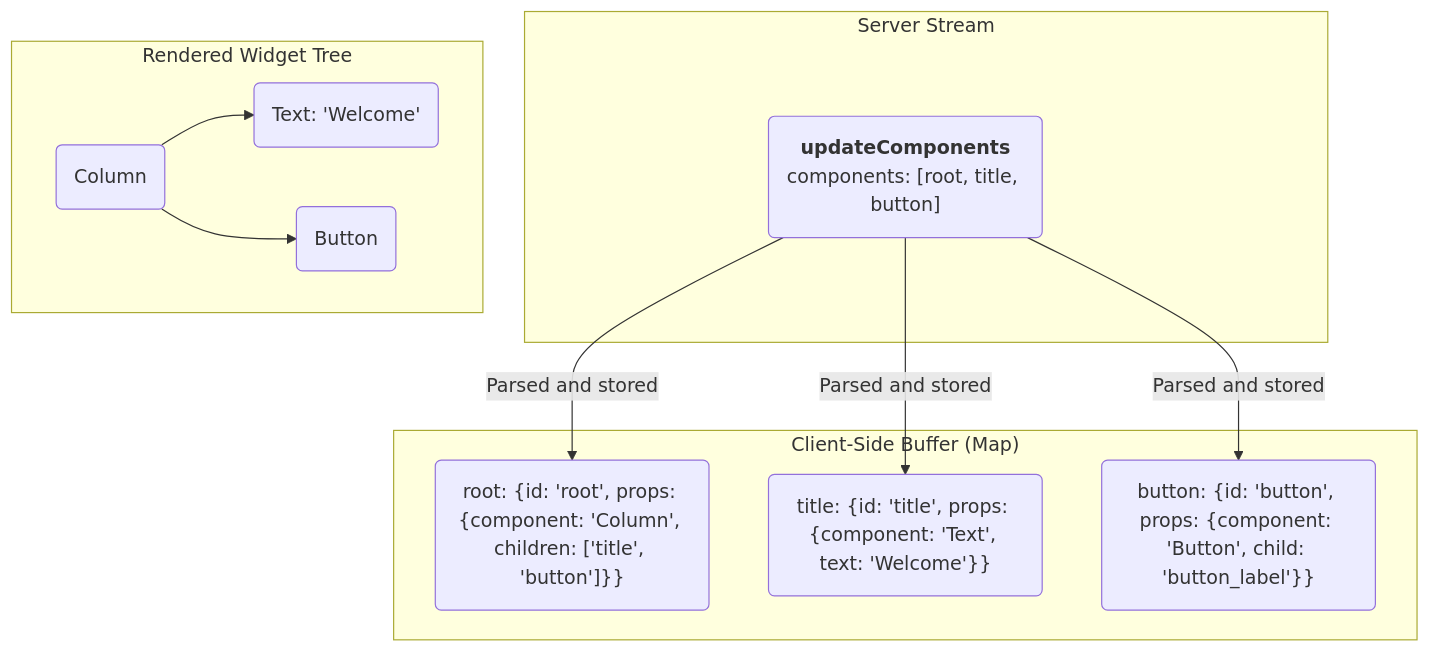
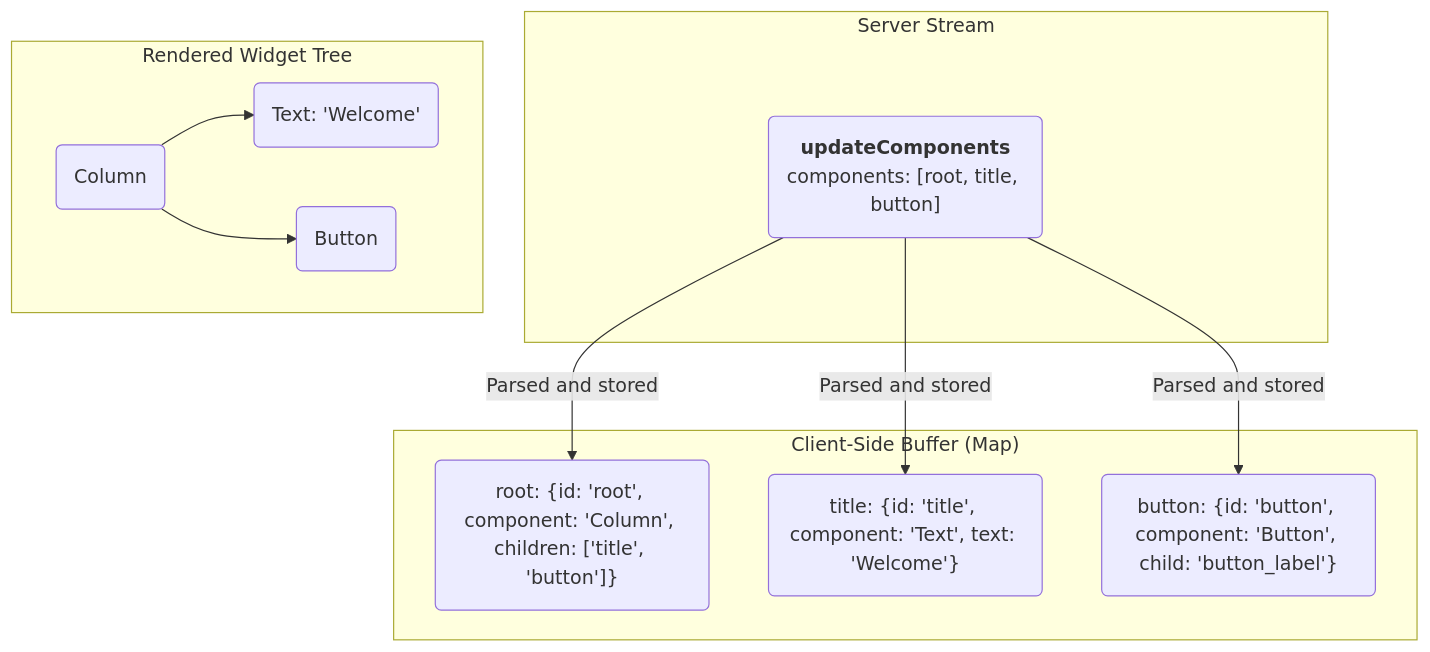
Before and after one commit to anup42/A2UI: the second of 2 diagrams in specification/0.9/docs/a2ui_protocol.md, drawn with Mermaid. The commit also changed other lines of this file and 10 other files, not shown here.

````diff
--- a/specification/0.9/docs/a2ui_protocol.md
+++ b/specification/0.9/docs/a2ui_protocol.md
@@ -237,22 +249,22 @@
 ```mermaid
 flowchart TD
     subgraph "Server Stream"
         A("<b>updateComponents</b><br>components: [root, title, button]")
     end
 
     subgraph "Client-Side Buffer (Map)"
-        C("root: {id: 'root', props: {component: 'Column', children: ['title', 'button']}}")
-        D("title: {id: 'title', props: {component: 'Text', text: 'Welcome'}}")
-        E("button: {id: 'button', props: {component: 'Button', child: 'button_label'}}")
+        C("root: {id: 'root', component: 'Column', children: ['title', 'button']}")
+        D("title: {id: 'title', component: 'Text', text: 'Welcome'}")
+        E("button: {id: 'button', component: 'Button', child: 'button_label'}")
     end
 
     subgraph "Rendered Widget Tree"
         F(Column) --> G(Text: 'Welcome')
         F --> H(Button)
     end
 
     A -- "Parsed and stored" --> C
     A -- "Parsed and stored" --> D
     A -- "Parsed and stored" --> E
 
 ```
````
